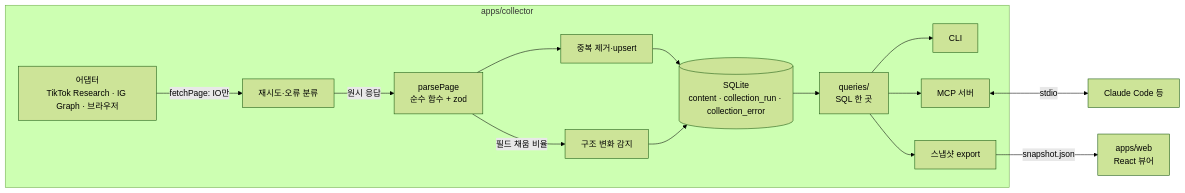
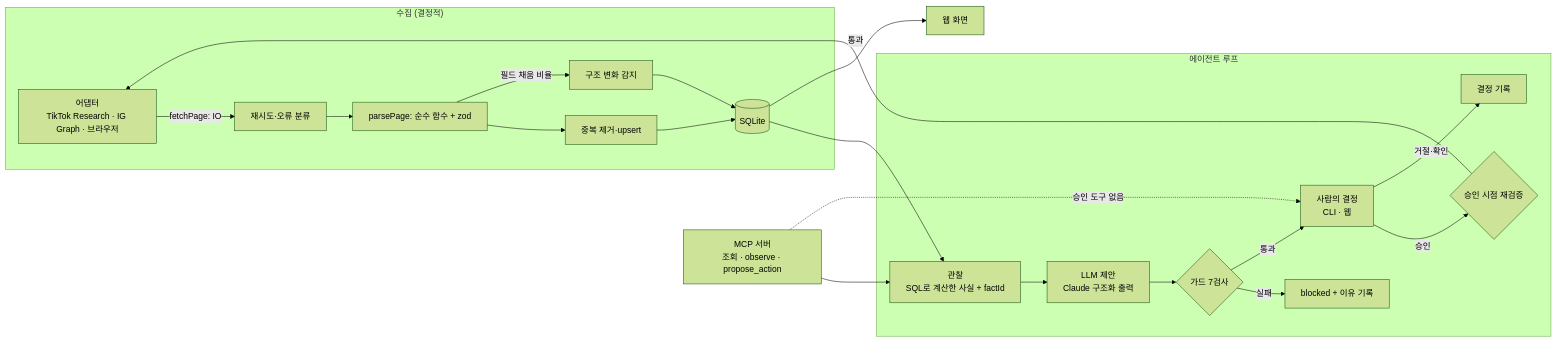
Before and after one commit to jjikkobro/marketing-tool-sy: the diagram in README.md, drawn with Mermaid (forest theme). The commit also changed other lines of this file and 46 other files, not shown here.

First line of the commit message:
feat: 에이전트 루프 — LLM 제안, 할루시네이션 가드, 사람의 확인

````diff
--- a/README.md
+++ b/README.md
@@ -64,17 +101,22 @@
 ```mermaid
 flowchart LR
-  subgraph collector["apps/collector"]
-    A["어댑터<br/>TikTok Research · IG Graph · 브라우저"] -->|fetchPage: IO만| R[재시도·오류 분류]
-    R -->|원시 응답| P["parsePage<br/>순수 함수 + zod"]
+  subgraph collect["수집 (결정적)"]
+    A["어댑터<br/>TikTok Research · IG Graph · 브라우저"] -->|fetchPage: IO| R[재시도·오류 분류]
+    R --> P["parsePage: 순수 함수 + zod"]
     P --> D[중복 제거·upsert]
-    D --> DB[(SQLite<br/>content · collection_run · collection_error)]
-    P -->|필드 채움 비율| DR[구조 변화 감지]
-    DR --> DB
-    DB --> Q["queries/<br/>SQL 한 곳"]
-    Q --> CLI[CLI]
-    Q --> MCP[MCP 서버]
-    Q --> EX[스냅샷 export]
+    D --> DB[(SQLite)]
+    P -->|필드 채움 비율| DR[구조 변화 감지] --> DB
   end
-  EX -->|snapshot.json| WEB["apps/web<br/>React 뷰어"]
-  MCP <-->|stdio| AI[Claude Code 등]
+  subgraph agent["에이전트 루프"]
+    DB --> O["관찰<br/>SQL로 계산한 사실 + factId"]
+    O --> L["LLM 제안<br/>Claude 구조화 출력"]
+    L --> G{"가드 7검사"}
+    G -->|실패| B[blocked + 이유 기록]
+    G -->|통과| H["사람의 결정<br/>CLI · 웹"]
+    H -->|승인| RE{승인 시점 재검증} -->|통과| A
+    H -->|거절·확인| LOG[결정 기록]
+  end
+  MCP["MCP 서버<br/>조회 · observe · propose_action"] --> O
+  MCP -.->|승인 도구 없음| H
+  DB --> WEB[웹 화면]
 ```
````
